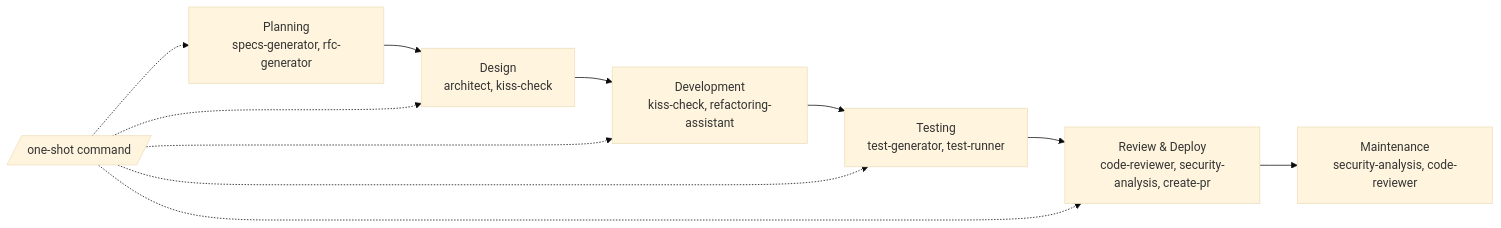
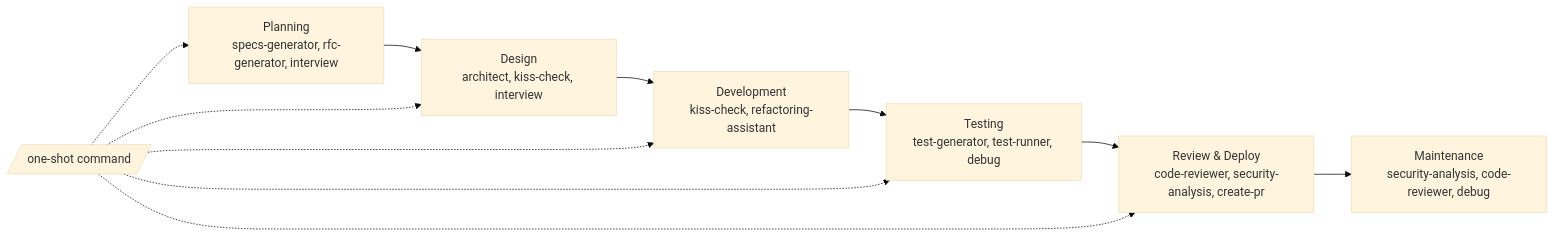
One commit to trebaud/my-claude-skills changed the diagram in README.md. Above: the diagram before and after it, drawn with Mermaid (base theme). The commit also changed other lines of this file and 3 other files, not shown here.

````diff
--- a/README.md
+++ b/README.md
@@ -34,14 +36,14 @@
 ```mermaid
 flowchart LR
-    A[Planning<br/>specs-generator, rfc-generator] --> B[Design<br/>architect, kiss-check]
+    A[Planning<br/>specs-generator, rfc-generator, interview] --> B[Design<br/>architect, kiss-check, interview]
     B --> C[Development<br/>kiss-check, refactoring-assistant]
-    C --> D[Testing<br/>test-generator, test-runner]
+    C --> D[Testing<br/>test-generator, test-runner, debug]
     D --> E[Review & Deploy<br/>code-reviewer, security-analysis, create-pr]
-    E --> F[Maintenance<br/>security-analysis, code-reviewer]
+    E --> F[Maintenance<br/>security-analysis, code-reviewer, debug]
     
     G[/one-shot command/] -.-> A
     G -.-> B
     G -.-> C
     G -.-> D
     G -.-> E
 ```
````
